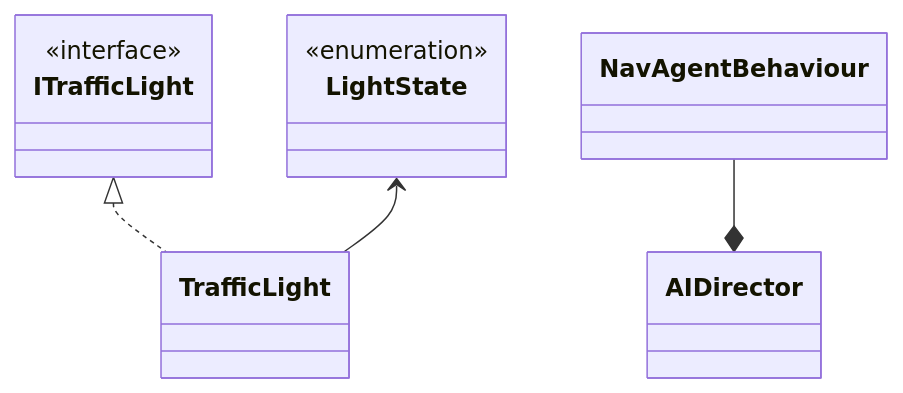
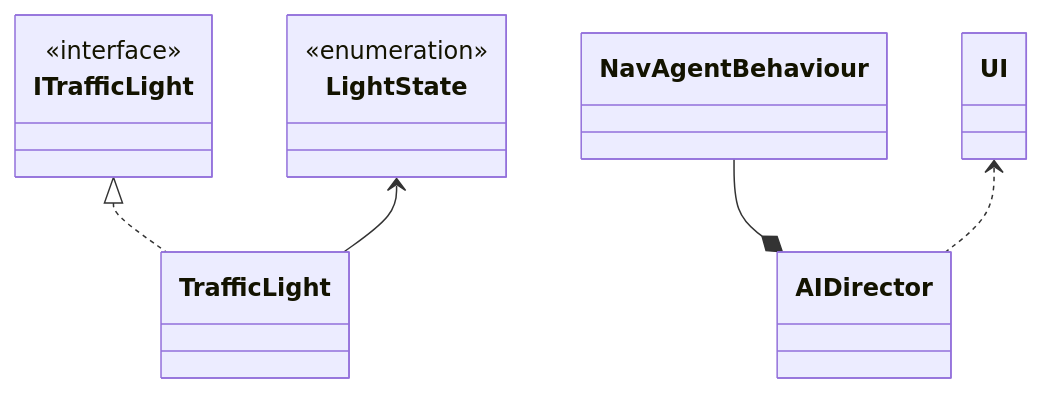
Before and after one commit to bryanb619/Sim-City: the diagram in README.md, drawn with Mermaid.

Commit message:
Add UI to UML

````diff
--- a/README.md
+++ b/README.md
@@ -86,15 +86,15 @@
 ```mermaid
 
 classDiagram
 
     ITrafficLight          <|.. TrafficLight
     LightState             <--  TrafficLight
     NavAgentBehaviour      --*  AIDirector           
-
+    UI                     <..  AIDirector
 
     class ITrafficLight
     <<interface>> ITrafficLight
 
     class LightState
     <<enumeration>> LightState 
 ```
````
